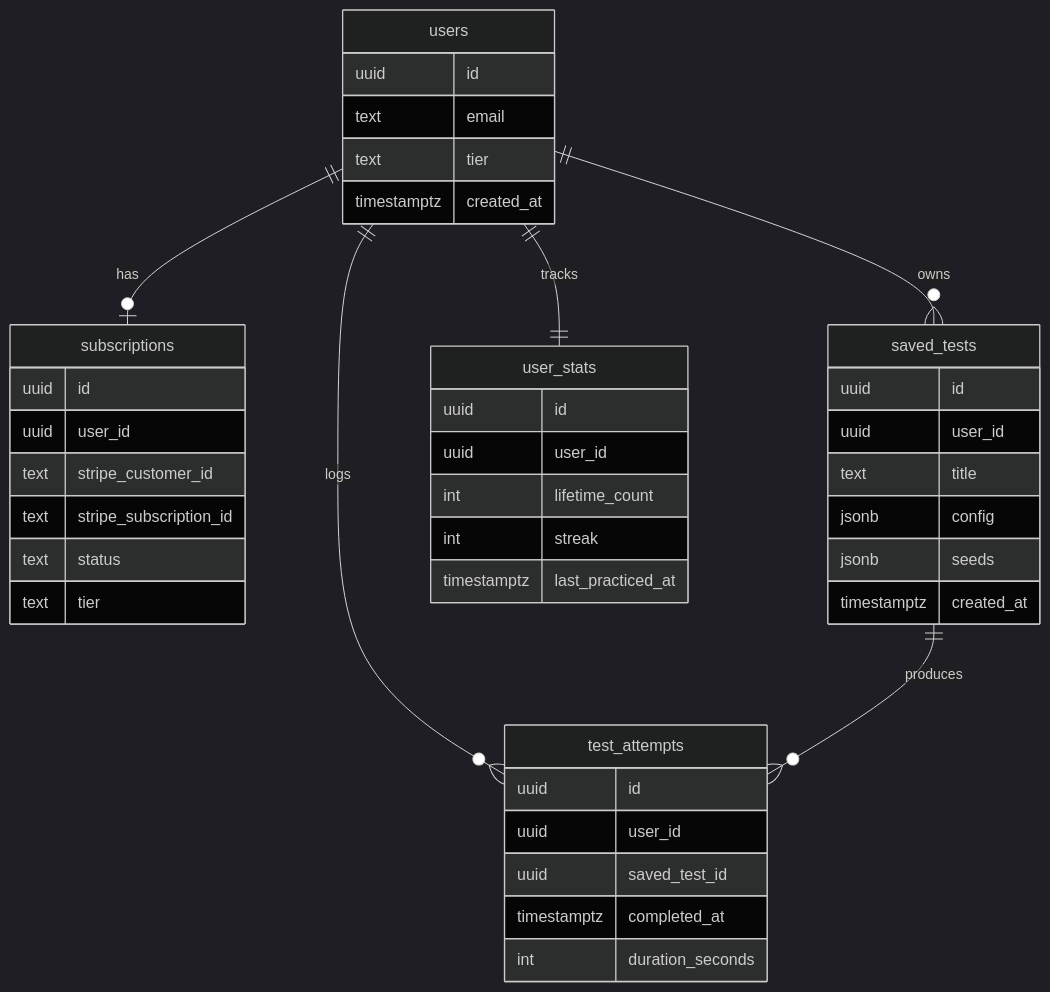
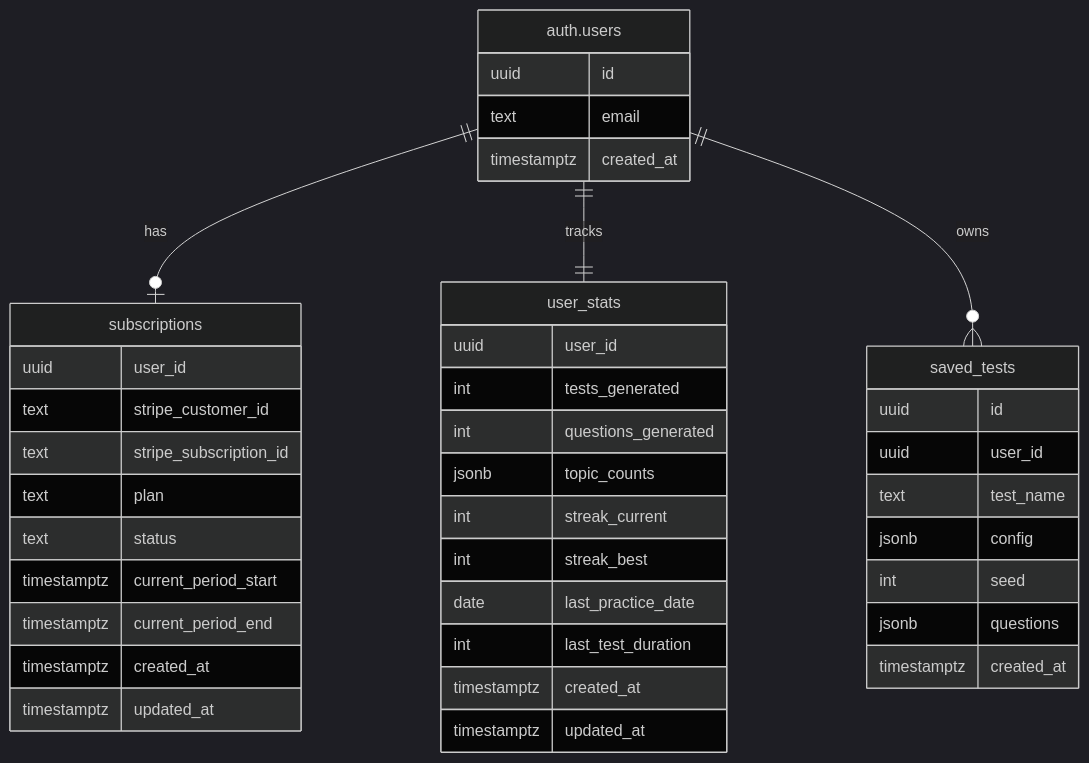
One commit to Aditya-Tripuraneni/Praxis changed the second of 4 diagrams in README.md. Above: the diagram before and after it, drawn with Mermaid (dark theme). The commit also changed other lines of this file, not shown here.

Commit message:
Align README diagrams with repo docs
Agent-Logs-Url: https://github.com/Aditya-Tripuraneni/Praxis/sessions/88a5c4ea-b5bd-4d7a-9580-23aea03a6254

````diff
--- a/README.md
+++ b/README.md
@@ -60,45 +60,44 @@
 ```mermaid
 erDiagram
-  users {
+  "auth.users" {
     uuid id
     text email
-    text tier
     timestamptz created_at
   }
   subscriptions {
-    uuid id
     uuid user_id
     text stripe_customer_id
     text stripe_subscription_id
+    text plan
     text status
-    text tier
+    timestamptz current_period_start
+    timestamptz current_period_end
+    timestamptz created_at
+    timestamptz updated_at
+  }
+  user_stats {
+    uuid user_id
+    int tests_generated
+    int questions_generated
+    jsonb topic_counts
+    int streak_current
+    int streak_best
+    date last_practice_date
+    int last_test_duration
+    timestamptz created_at
+    timestamptz updated_at
   }
   saved_tests {
     uuid id
     uuid user_id
-    text title
+    text test_name
     jsonb config
-    jsonb seeds
+    int seed
+    jsonb questions
     timestamptz created_at
   }
-  test_attempts {
-    uuid id
-    uuid user_id
-    uuid saved_test_id
-    timestamptz completed_at
-    int duration_seconds
-  }
-  user_stats {
-    uuid id
-    uuid user_id
-    int lifetime_count
-    int streak
-    timestamptz last_practiced_at
-  }
 
-  users ||--o| subscriptions : has
-  users ||--o{ saved_tests : owns
-  users ||--o{ test_attempts : logs
-  users ||--|| user_stats : tracks
-  saved_tests ||--o{ test_attempts : produces
+  "auth.users" ||--o| subscriptions : has
+  "auth.users" ||--|| user_stats : tracks
+  "auth.users" ||--o{ saved_tests : owns
 ```
````
